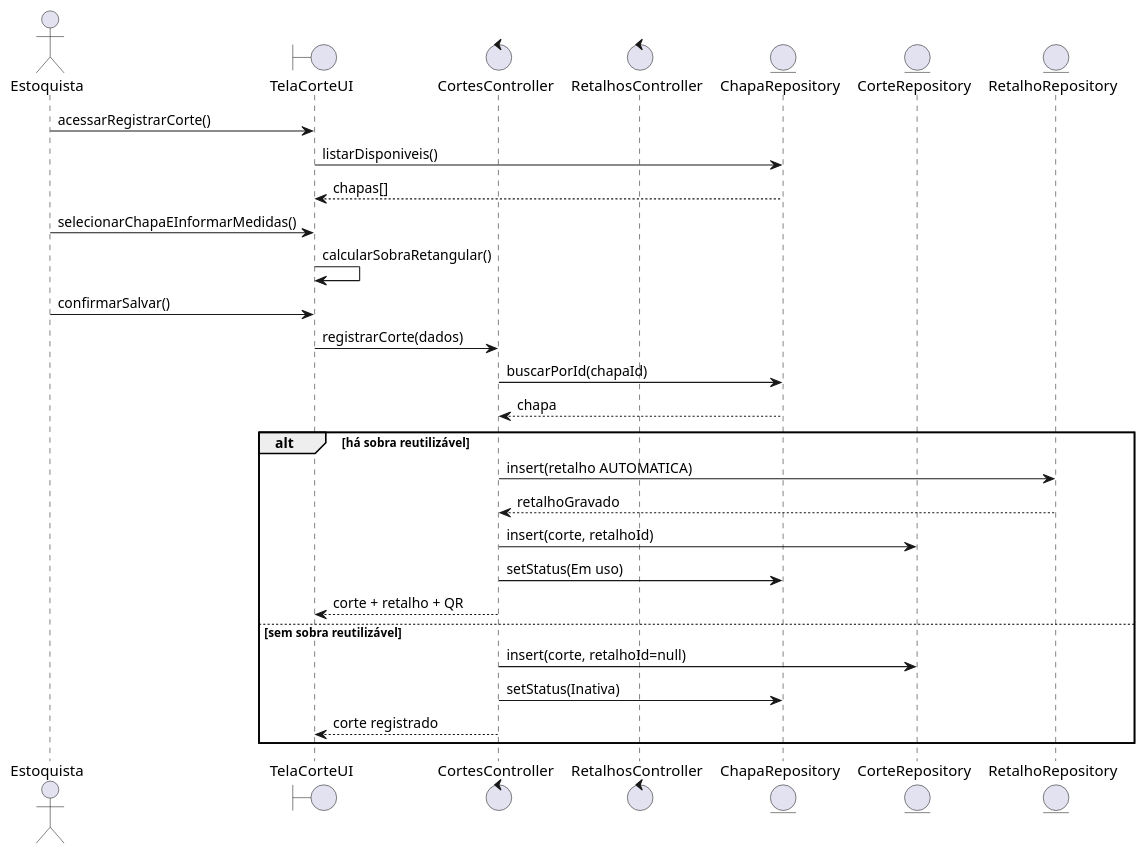
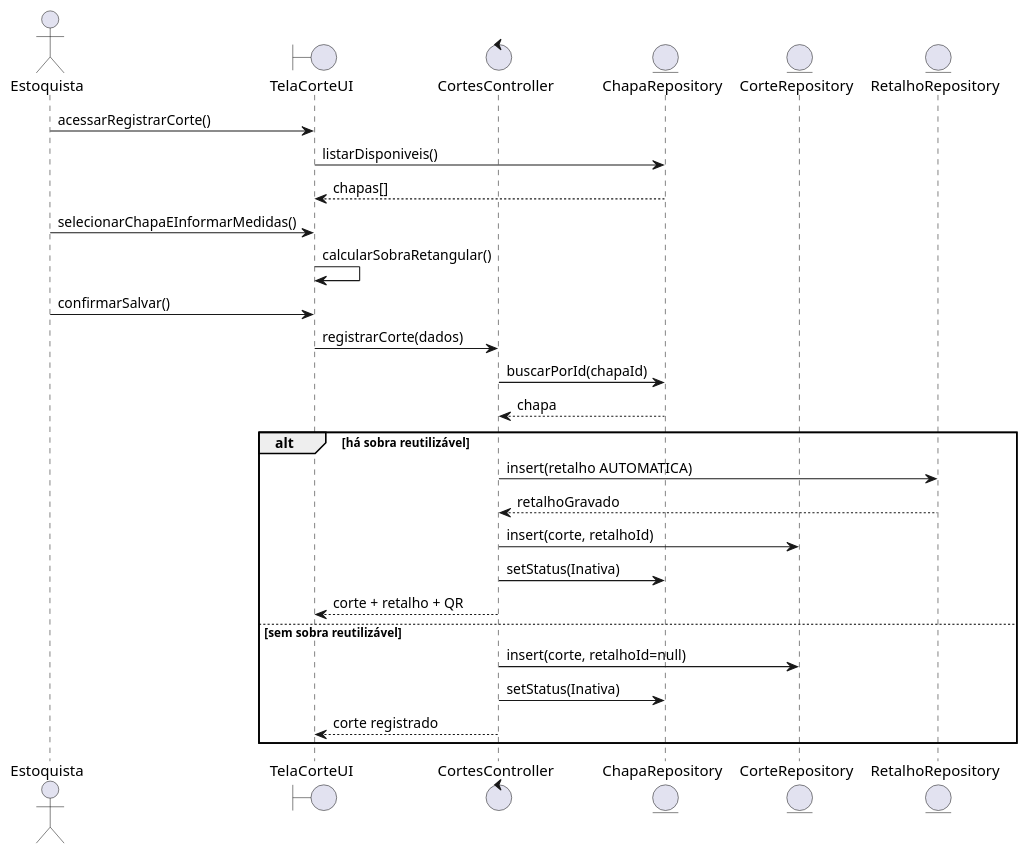
The seventh of 13 diagrams in diagramas/MODELO_FUNCIONAL_OFICIAL_V1_2.md (WlFerrari/TetusManager), drawn with PlantUML before and after one commit. The commit also changed other lines of this file, not shown here.

Commit message:
Alinhar diagramas ao consumo da chapa após corte

````diff
--- a/diagramas/MODELO_FUNCIONAL_OFICIAL_V1_2.md
+++ b/diagramas/MODELO_FUNCIONAL_OFICIAL_V1_2.md
@@ -159,34 +162,33 @@
 ```plantuml
 @startuml
 actor Estoquista
 boundary TelaCorteUI
 control CortesController
-control RetalhosController
 entity ChapaRepository
 entity CorteRepository
 entity RetalhoRepository
 
 Estoquista -> TelaCorteUI : acessarRegistrarCorte()
 TelaCorteUI -> ChapaRepository : listarDisponiveis()
 ChapaRepository --> TelaCorteUI : chapas[]
 
 Estoquista -> TelaCorteUI : selecionarChapaEInformarMedidas()
 TelaCorteUI -> TelaCorteUI : calcularSobraRetangular()
 Estoquista -> TelaCorteUI : confirmarSalvar()
 TelaCorteUI -> CortesController : registrarCorte(dados)
 CortesController -> ChapaRepository : buscarPorId(chapaId)
 ChapaRepository --> CortesController : chapa
 
 alt há sobra reutilizável
   CortesController -> RetalhoRepository : insert(retalho AUTOMATICA)
   RetalhoRepository --> CortesController : retalhoGravado
   CortesController -> CorteRepository : insert(corte, retalhoId)
-  CortesController -> ChapaRepository : setStatus(Em uso)
+  CortesController -> ChapaRepository : setStatus(Inativa)
   CortesController --> TelaCorteUI : corte + retalho + QR
 else sem sobra reutilizável
   CortesController -> CorteRepository : insert(corte, retalhoId=null)
   CortesController -> ChapaRepository : setStatus(Inativa)
   CortesController --> TelaCorteUI : corte registrado
 end
 @enduml
 ```
````
